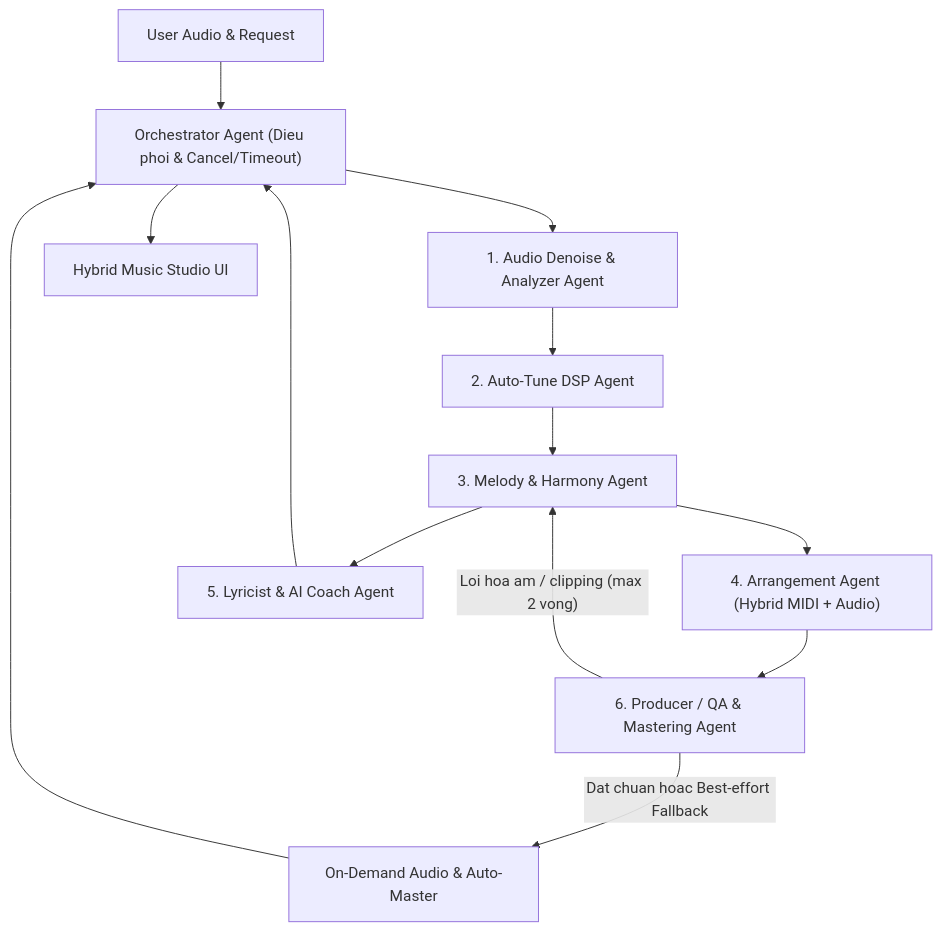
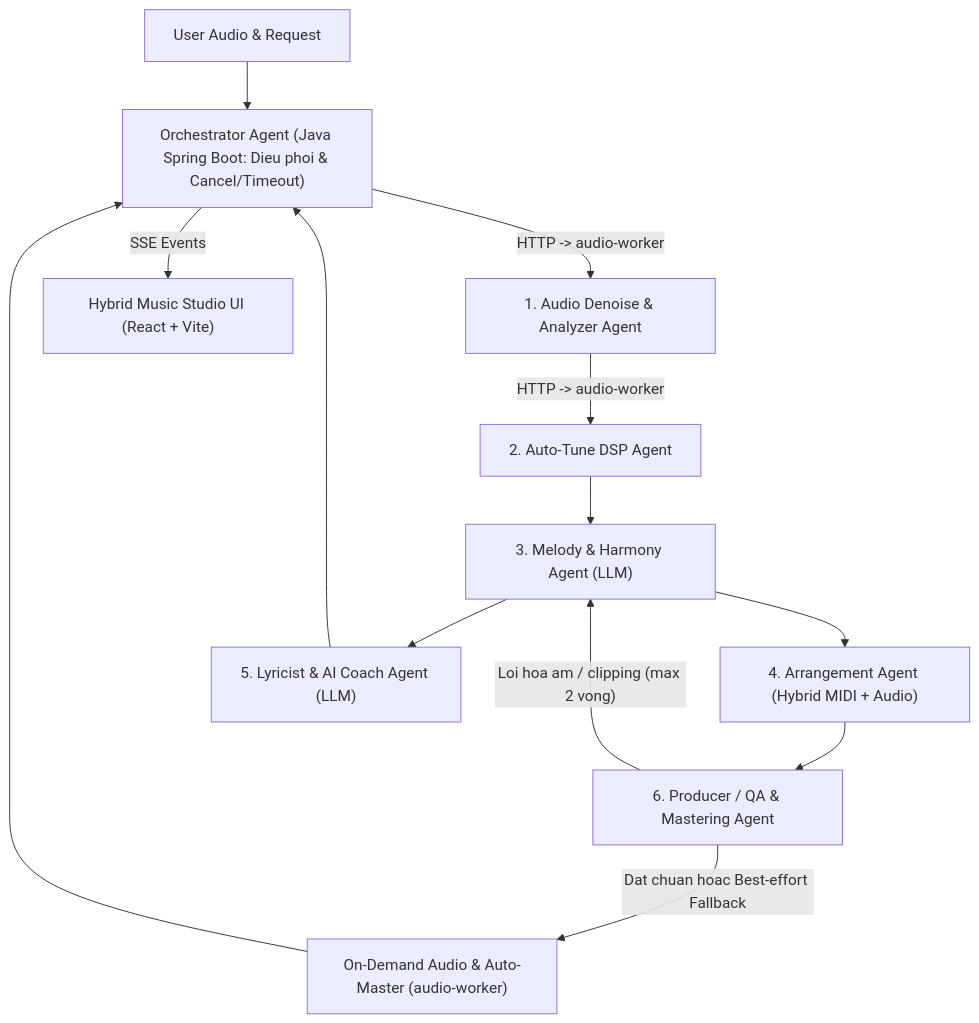
Before and after one commit to HuynhNgocQuang-hub/ai-music-studio: the second of 2 diagrams in docs/MULTI_AGENT_ARCHITECTURE.md, drawn with Mermaid. The commit also changed other lines of this file and 6 other files, not shown here.

Commit message:
docs(qa): align Option B Spring Boot + React Vite + audio-worker docs and verification

````diff
--- a/docs/MULTI_AGENT_ARCHITECTURE.md
+++ b/docs/MULTI_AGENT_ARCHITECTURE.md
@@ -23,16 +31,16 @@
 ```mermaid
 flowchart TD
-    User["User Audio & Request"] --> Orch["Orchestrator Agent (Dieu phoi & Cancel/Timeout)"]
-    Orch --> Analyzer["1. Audio Denoise & Analyzer Agent"]
-    Analyzer --> AT["2. Auto-Tune DSP Agent"]
-    AT --> Composer["3. Melody & Harmony Agent"]
+    User["User Audio & Request"] --> Orch["Orchestrator Agent (Java Spring Boot: Dieu phoi & Cancel/Timeout)"]
+    Orch -->|"HTTP -> audio-worker"| Analyzer["1. Audio Denoise & Analyzer Agent"]
+    Analyzer -->|"HTTP -> audio-worker"| AT["2. Auto-Tune DSP Agent"]
+    AT --> Composer["3. Melody & Harmony Agent (LLM)"]
     Composer --> Arranger["4. Arrangement Agent (Hybrid MIDI + Audio)"]
-    Composer --> Lyricist["5. Lyricist & AI Coach Agent"]
+    Composer --> Lyricist["5. Lyricist & AI Coach Agent (LLM)"]
     Arranger --> QA["6. Producer / QA & Mastering Agent"]
 
     QA -- "Loi hoa am / clipping (max 2 vong)" --> Composer
-    QA -- "Dat chuan hoac Best-effort Fallback" --> Render["On-Demand Audio & Auto-Master"]
+    QA -- "Dat chuan hoac Best-effort Fallback" --> Render["On-Demand Audio & Auto-Master (audio-worker)"]
     Render --> Orch
     Lyricist --> Orch
-    Orch --> Studio["Hybrid Music Studio UI"]
+    Orch -->|"SSE Events"| Studio["Hybrid Music Studio UI (React + Vite)"]
 ```
````
